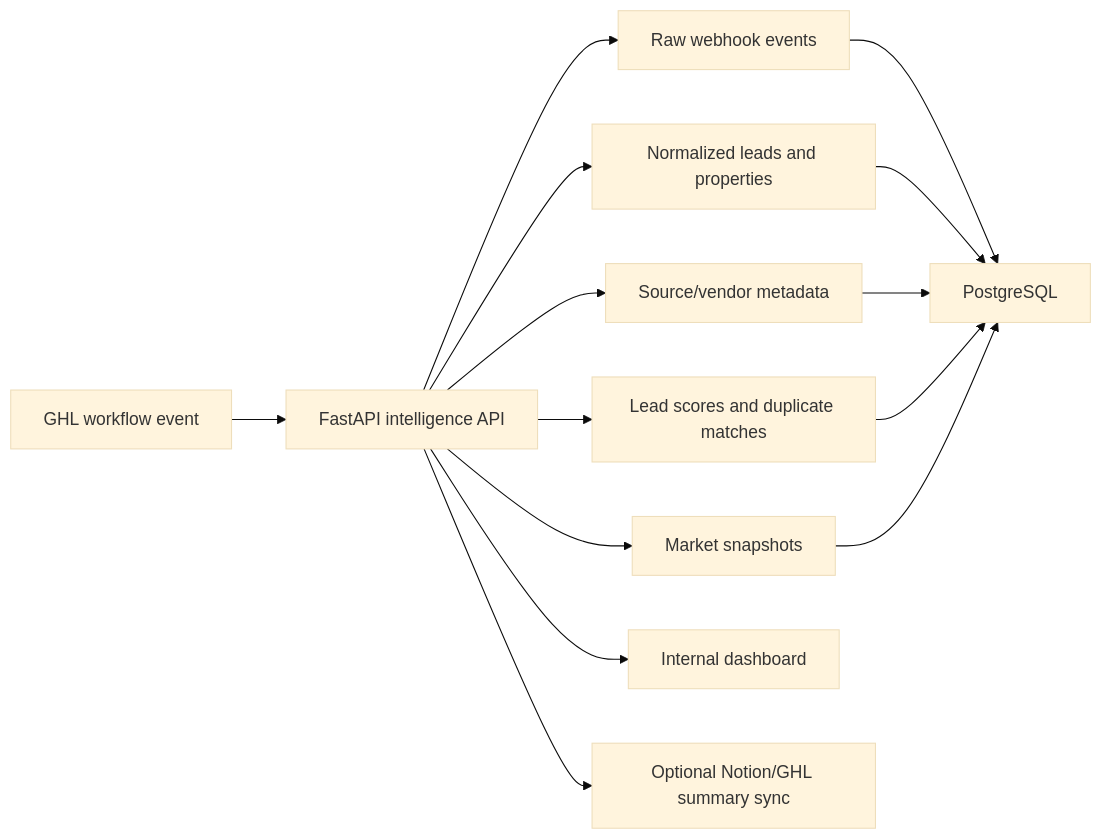
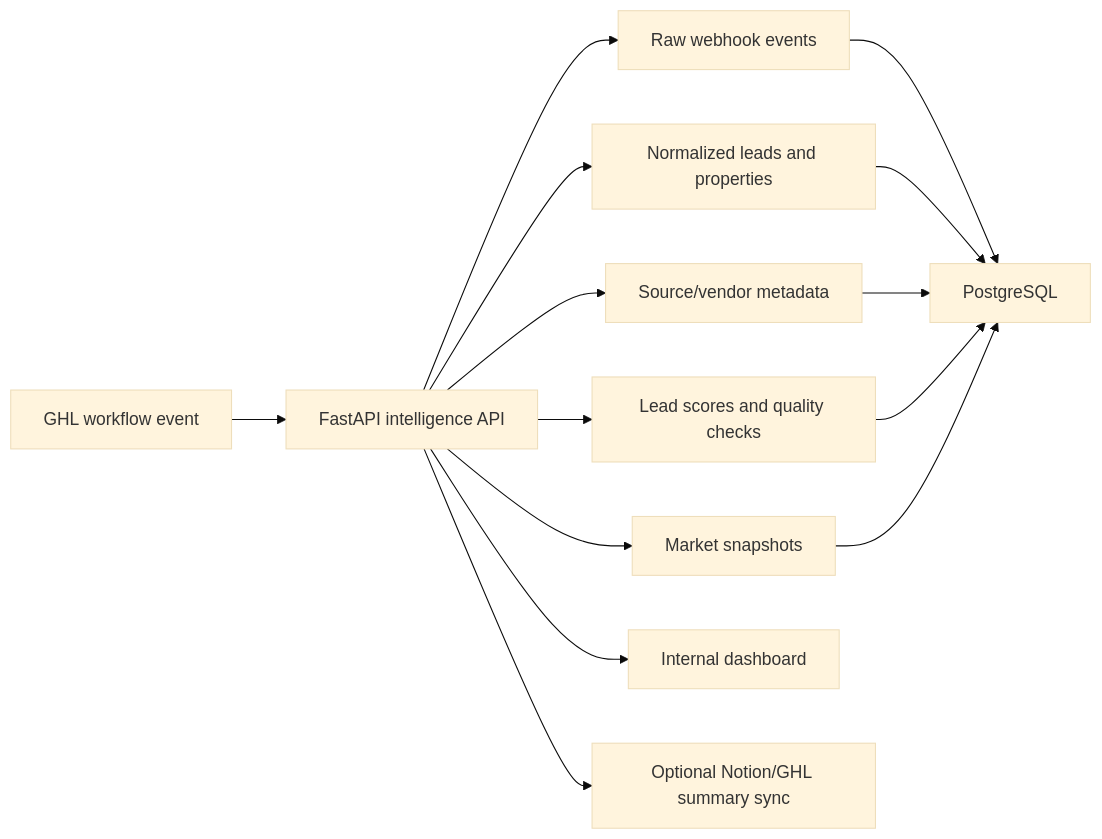
The second of 4 diagrams in docs/architecture.md (manynames3/clearpath-fargate-api), drawn with Mermaid (base theme) before and after one commit. The commit also changed other lines of this file and 9 other files, not shown here.

````diff
--- a/docs/architecture.md
+++ b/docs/architecture.md
@@ -31,16 +31,16 @@
 ```mermaid
 flowchart LR
     ghl["GHL workflow event"] --> api["FastAPI intelligence API"]
     api --> events["Raw webhook events"]
     api --> leads["Normalized leads and properties"]
     api --> sources["Source/vendor metadata"]
-    api --> scores["Lead scores and duplicate matches"]
+    api --> scores["Lead scores and quality checks"]
     api --> market["Market snapshots"]
     events --> pg["PostgreSQL"]
     leads --> pg
     sources --> pg
     scores --> pg
     market --> pg
     api --> dashboard["Internal dashboard"]
     api --> optional["Optional Notion/GHL summary sync"]
 ```
````
